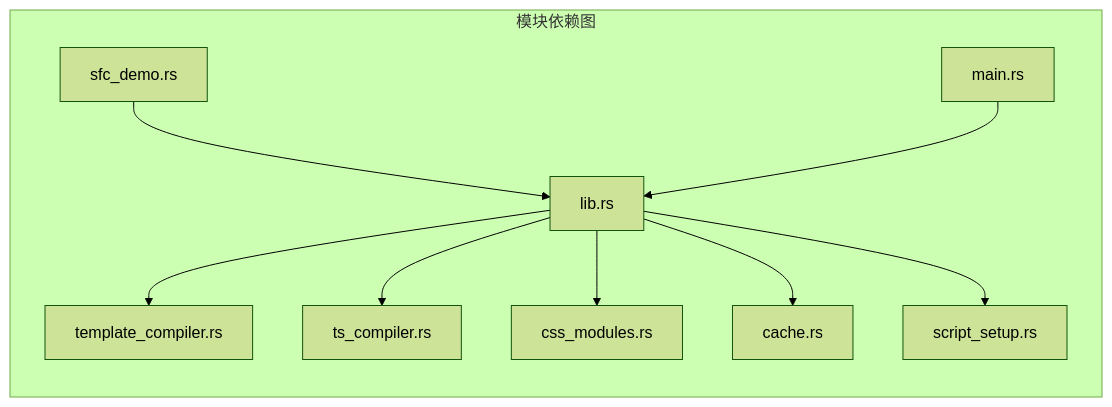
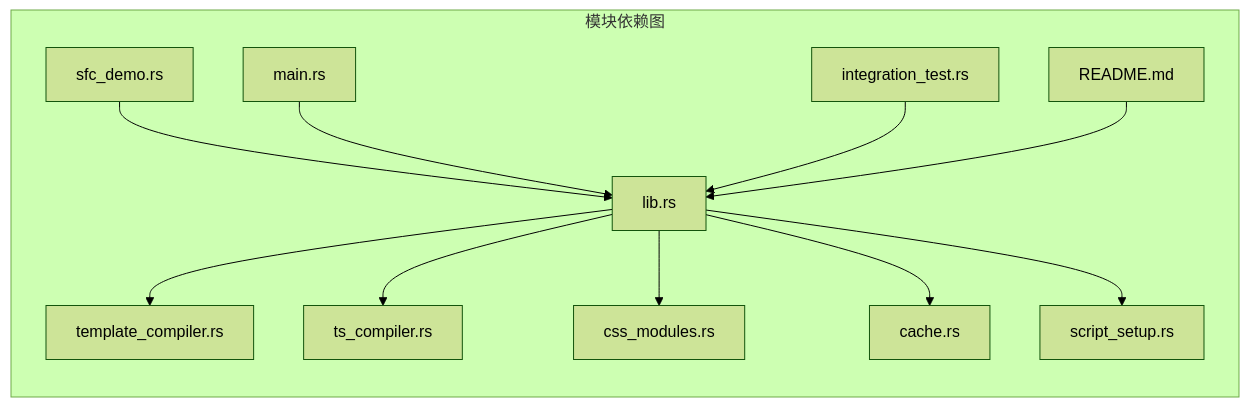
One commit to itszzl-sudo/iris changed diagram 20 of 22 in .qoder/repowiki/zh/content/技术架构详解/即时转译系统/SFC编译器初始化机制/SFC编译器初始化机制.md. Above: the diagram before and after it, drawn with Mermaid (forest theme). The commit also changed other lines of this file and 8 other files, not shown here.

````diff
--- a/.qoder/repowiki/zh/content/技术架构详解/即时转译系统/SFC编译器初始化机制/SFC编译器初始化机制.md
+++ b/.qoder/repowiki/zh/content/技术架构详解/即时转译系统/SFC编译器初始化机制/SFC编译器初始化机制.md
@@ -711,12 +1003,14 @@
 ```mermaid
 graph LR
 subgraph "模块依赖图"
 A[lib.rs] --> B[template_compiler.rs]
 A --> C[ts_compiler.rs]
 A --> D[css_modules.rs]
 A --> E[cache.rs]
 A --> F[script_setup.rs]
 G[sfc_demo.rs] --> A
 H[main.rs] --> A
+I[integration_test.rs] --> A
+J[README.md] --> A
 end
 ```
````
